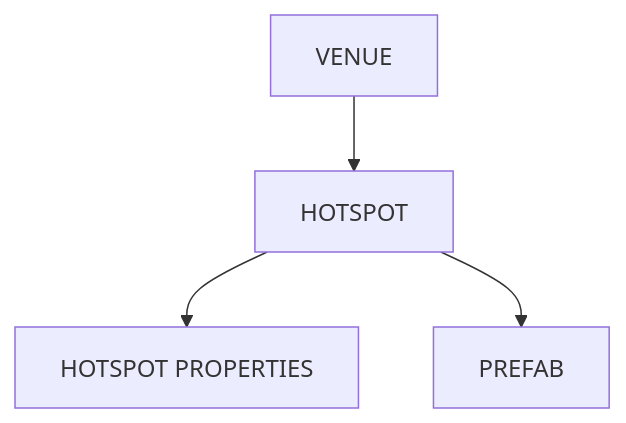
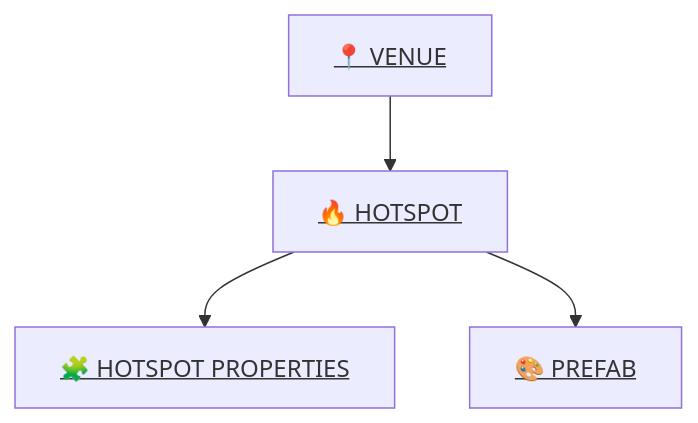
Before and after one commit to GeoARit/.github: the first of 2 diagrams in profile/README.md, drawn with Mermaid. The commit also changed other lines of this file, not shown here.

Commit message:
Update README with enhanced hotspot properties section

````diff
--- a/profile/README.md
+++ b/profile/README.md
@@ -61,20 +61,19 @@
 ```mermaid
 flowchart TD
 
-    %% Nodes
-    VENUE["VENUE"]
-    HOTSPOT["HOTSPOT"]
-    HOTSPOTPROPERTY["HOTSPOT PROPERTIES"]
-    PREFAB["PREFAB"]
+    VENUE["<u>📍 VENUE</u>"]
+    HOTSPOT["<u>🔥 HOTSPOT</u>"]
+    HOTSPOTPROPERTY["<u>🧩 HOTSPOT PROPERTIES</u>"]
+    PREFAB["<u>🎨 PREFAB</u>"]
 
-    %% Vertical Layout
     VENUE --> HOTSPOT
     HOTSPOT --> HOTSPOTPROPERTY
     HOTSPOT --> PREFAB
 
-    %% Clickable Links
-    click VENUE "https://geoar.it/help#category-Venue-Properties" "View Venue Properties"
-    click HOTSPOTPROPERTY "https://geoar.it/help#category-Hotspot-Properties" "View Hotspot Properties"
-    click PREFAB "https://geoar.it/help#category-Prefab-Properties" "View Prefab Properties"
+    %% Hyperlinks
+    click VENUE "https://geoar.it/help#category-Venue-Properties" "_blank"
+    click HOTSPOT "https://geoar.it/help#category-Hotspot-Properties" "_blank"
+    click HOTSPOTPROPERTY "https://geoar.it/help#category-Hotspot-Properties" "_blank"
+    click PREFAB "https://geoar.it/help#category-Prefab-Properties" "_blank"
 
 ```
````
